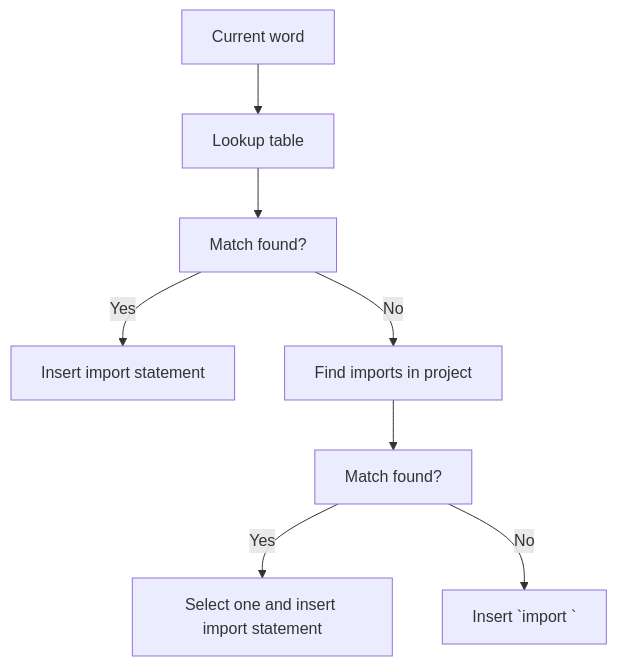
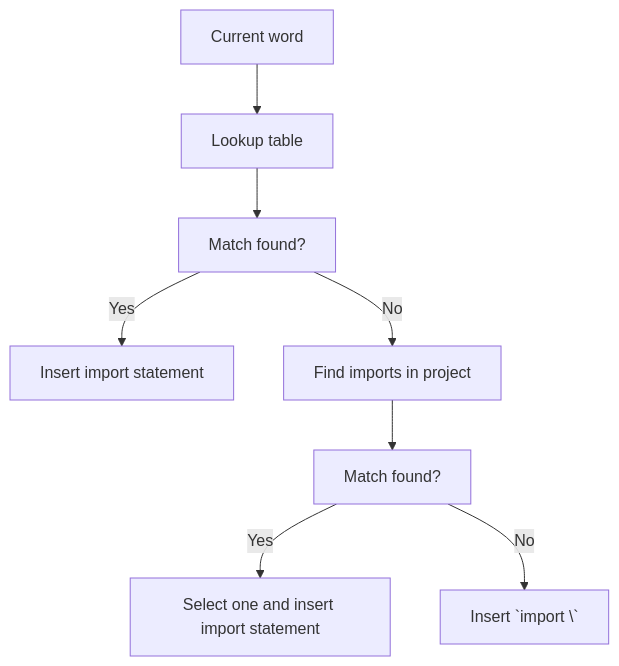
Before and after one commit to kiyoon/python-import.nvim: the diagram in README.md, drawn with Mermaid.

````diff
--- a/README.md
+++ b/README.md
@@ -10,10 +10,10 @@
 ```mermaid
 graph TD
     A[Current word] --> B[Lookup table]
     B --> C[Match found?]
     C -->|Yes| D[Insert import statement]
     C -->|No| E[Find imports in project]
     E --> F[Match found?]
     F -->|Yes| G[Select one and insert import statement]
-    F -->|No| H[Insert `import <word>`]
+    F -->|No| H[Insert `import \<word\>`]
 ```
````
